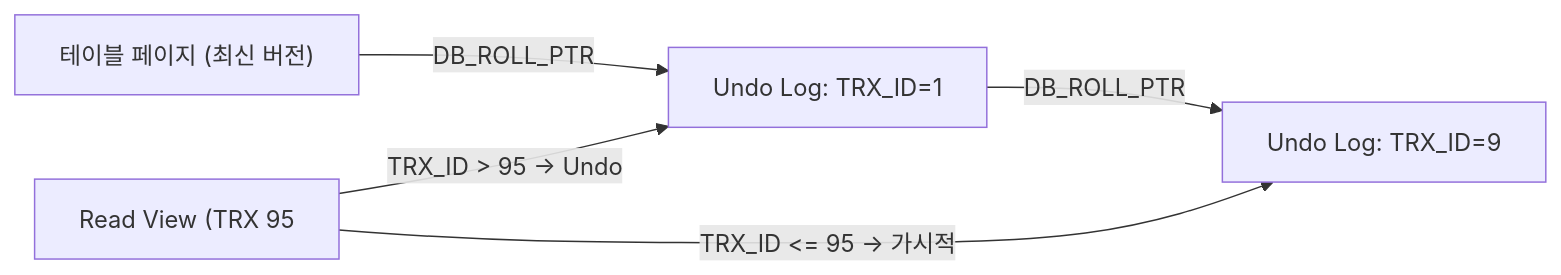
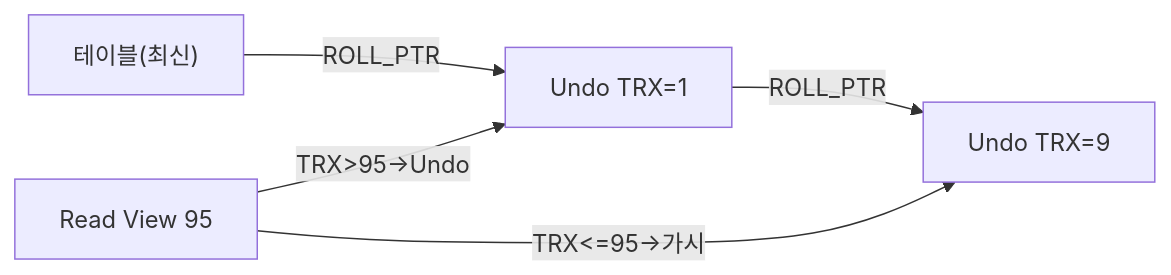
One commit to yjkim2015/yjkim2015.github.io changed the seventh of 15 diagrams in _posts/db/2026-05-01-db-comparison.md. Above: the diagram before and after it, drawn with Mermaid. The commit also changed other lines of this file and 245 other files, not shown here.

First line of the commit message:
Mermaid 다이어그램 전면 수정 + 면접 포인트 접기/펼치기 + DB 데드락 페이지

````diff
--- a/_posts/db/2026-05-01-db-comparison.md
+++ b/_posts/db/2026-05-01-db-comparison.md
@@ -134,7 +134,7 @@
 ```mermaid
 graph LR
-    A["테이블 페이지 (최신 버전)"] -->|"DB_ROLL_PTR"| B["Undo Log: TRX_ID=1"]
-    B -->|"DB_ROLL_PTR"| C["Undo Log: TRX_ID=9"]
-    D["Read View (TRX 95"] -->|"TRX_ID > 95 → Undo"| B
-    D -->|"TRX_ID <= 95 → 가시적"| C
+    A["테이블(최신)"] -->|"ROLL_PTR"| B["Undo TRX=1"]
+    B -->|"ROLL_PTR"| C["Undo TRX=9"]
+    D["Read View 95"] -->|"TRX>95→Undo"| B
+    D -->|"TRX<=95→가시"| C
 ```
````
